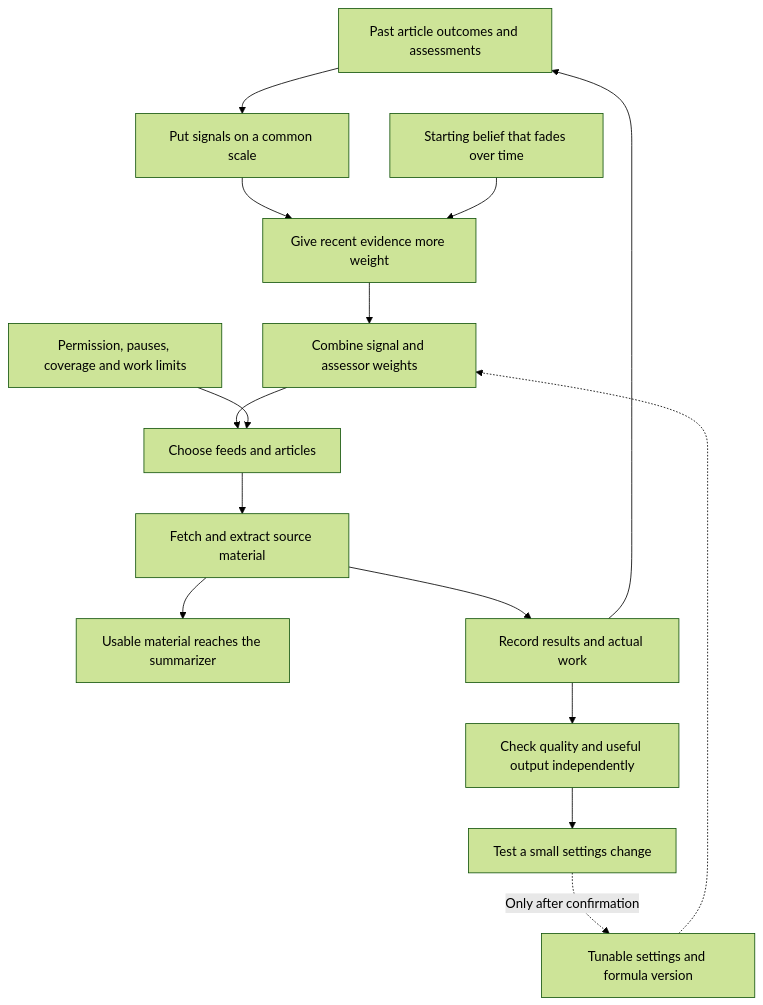
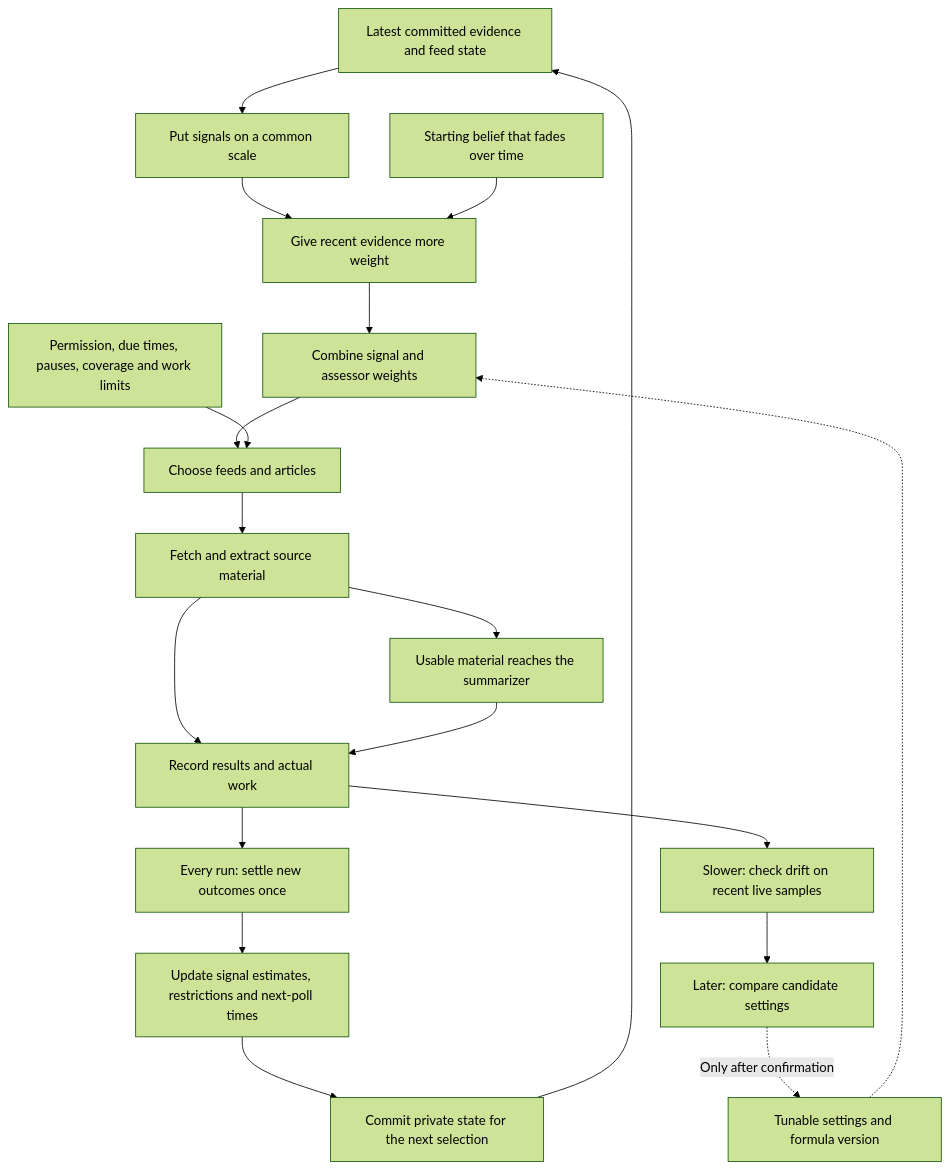
Before and after one commit to miztiik/yen-idhazh: the diagram in docs/architecture/sources/i-feed.md, drawn with Mermaid (forest theme). The commit also changed other lines of this file, not shown here.

````diff
--- a/docs/architecture/sources/i-feed.md
+++ b/docs/architecture/sources/i-feed.md
@@ -59,17 +64,21 @@
 ```mermaid
 flowchart TD
- evidence["Past article outcomes and assessments"] --> scale["Put signals on a common scale"]
+ evidence["Latest committed evidence and feed state"] --> scale["Put signals on a common scale"]
  scale --> age["Give recent evidence more weight"]
  seed["Starting belief that fades over time"] --> age
  age --> score["Combine signal and assessor weights"]
  settings["Tunable settings and formula version"] -.-> score
  score --> choose["Choose feeds and articles"]
- limits["Permission, pauses, coverage and work limits"] --> choose
+ limits["Permission, due times, pauses, coverage and work limits"] --> choose
  choose --> fetch["Fetch and extract source material"]
  fetch --> summarize["Usable material reaches the summarizer"]
  fetch --> record["Record results and actual work"]
- record --> evidence
- record --> compare["Check quality and useful output independently"]
- compare --> trial["Test a small settings change"]
+ summarize --> record
+ record --> settle["Every run: settle new outcomes once"]
+ settle --> update["Update signal estimates, restrictions and next-poll times"]
+ update --> commit["Commit private state for the next selection"]
+ commit --> evidence
+ record --> compare["Slower: check drift on recent live samples"]
+ compare --> trial["Later: compare candidate settings"]
  trial -. "Only after confirmation".-> settings
 ```
````
